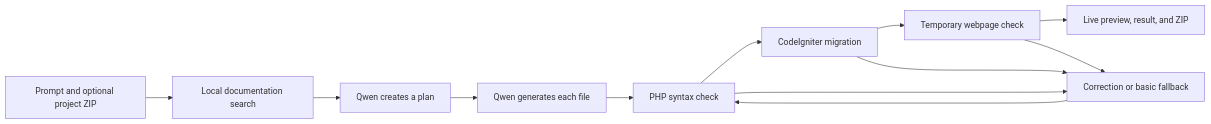
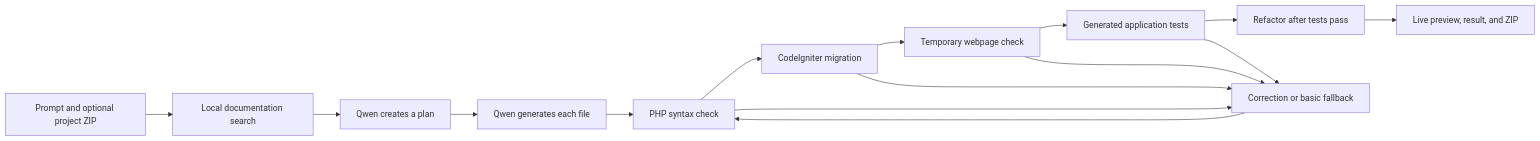
The diagram in README.md (AshvinSehgal/PHP-Vibe-Coder), drawn with Mermaid before and after one commit. The commit also changed other lines of this file and 5 other files, not shown here.

````diff
--- a/README.md
+++ b/README.md
@@ -32,14 +34,17 @@
 ```mermaid
 flowchart LR
     A["Prompt and optional project ZIP"] --> B["Local documentation search"]
     B --> C["Qwen creates a plan"]
     C --> D["Qwen generates each file"]
     D --> E["PHP syntax check"]
     E --> F["CodeIgniter migration"]
     F --> G["Temporary webpage check"]
-    G --> H["Live preview, result, and ZIP"]
+    G --> J["Generated application tests"]
+    J --> K["Refactor after tests pass"]
+    K --> H["Live preview, result, and ZIP"]
     E --> I["Correction or basic fallback"]
     F --> I
     G --> I
+    J --> I
     I --> E
 ```
````
